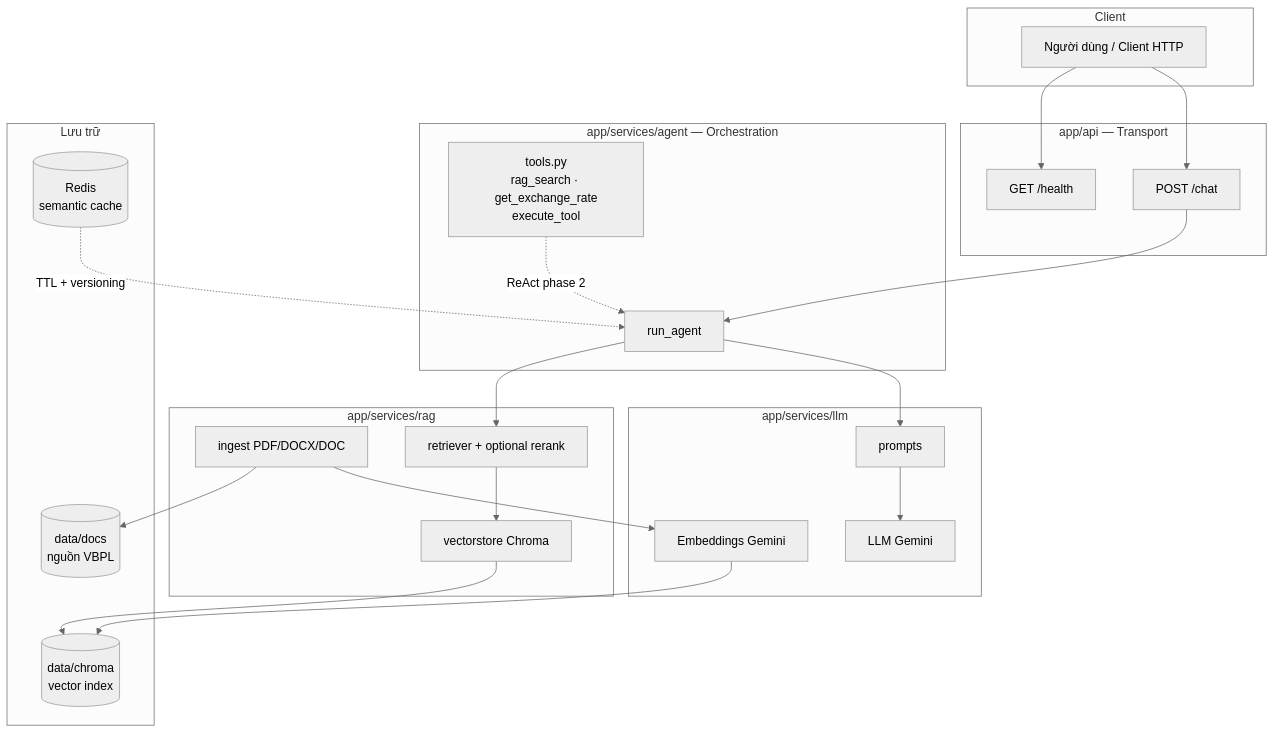
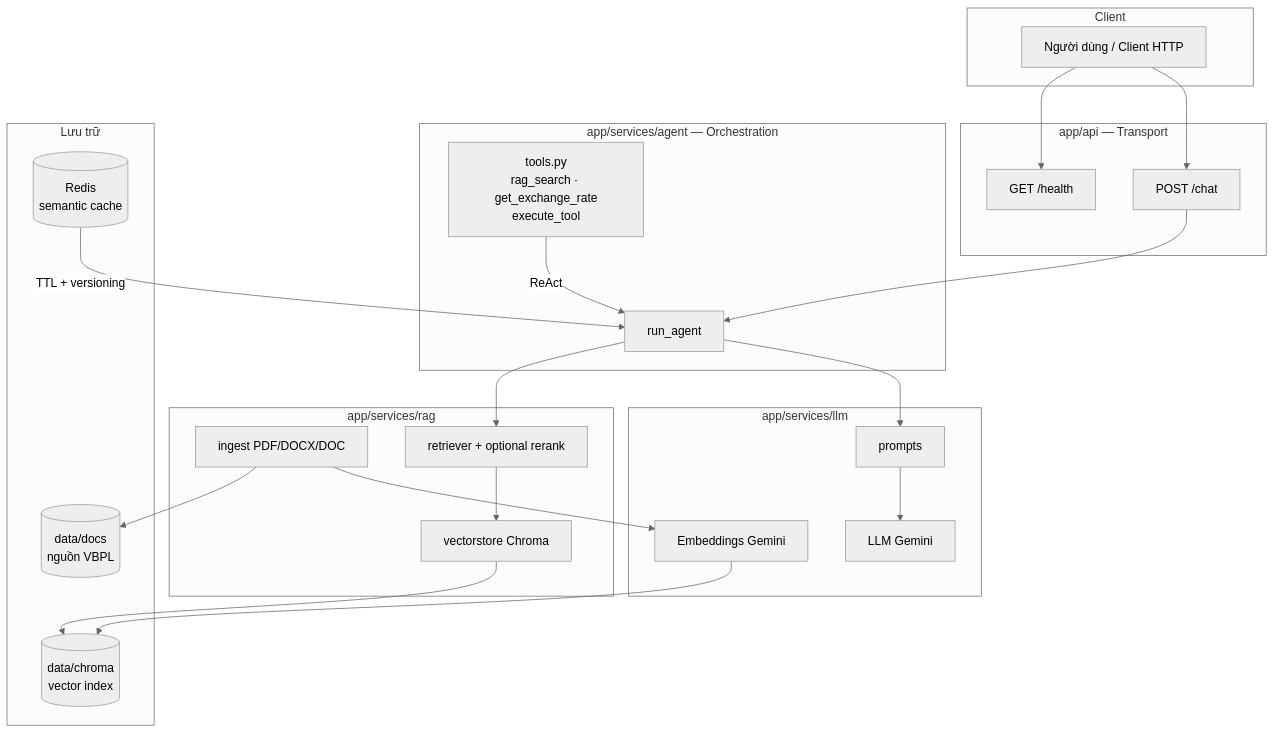
Before and after one commit to ducchungtx/advanced-rag-agent: the second of 13 diagrams in docs/architecture.md, drawn with Mermaid (neutral theme). The commit also changed other lines of this file and 6 other files, not shown here.

````diff
--- a/docs/architecture.md
+++ b/docs/architecture.md
@@ -44,44 +44,44 @@
 ```mermaid
 flowchart TB
     subgraph Client
         U[Người dùng / Client HTTP]
     end
 
     subgraph API["app/api — Transport"]
         H[GET /health]
         C[POST /chat]
     end
 
     subgraph Agent["app/services/agent — Orchestration"]
         RA[run_agent]
         Tools["tools.py<br/>rag_search · get_exchange_rate<br/>execute_tool"]
     end
 
     subgraph RAG["app/services/rag"]
         IN[ingest PDF/DOCX/DOC]
         VS[vectorstore Chroma]
         RT[retriever + optional rerank]
     end
 
     subgraph LLM["app/services/llm"]
         EMB[Embeddings Gemini]
         GEN[LLM Gemini]
         PR[prompts]
     end
 
     subgraph Data["Lưu trữ"]
         DOC[(data/docs<br/>nguồn VBPL)]
         CH[(data/chroma<br/>vector index)]
         RD[(Redis<br/>semantic cache)]
     end
 
     U --> H & C
     C --> RA
     RA --> RT
     RA --> PR --> GEN
     RT --> VS --> CH
     IN --> DOC
     IN --> EMB --> CH
-    Tools -.->|ReAct phase 2| RA
-    RD -.->|TTL + versioning| RA
+    Tools -->|ReAct| RA
+    RD -->|TTL + versioning| RA
 ```
````
